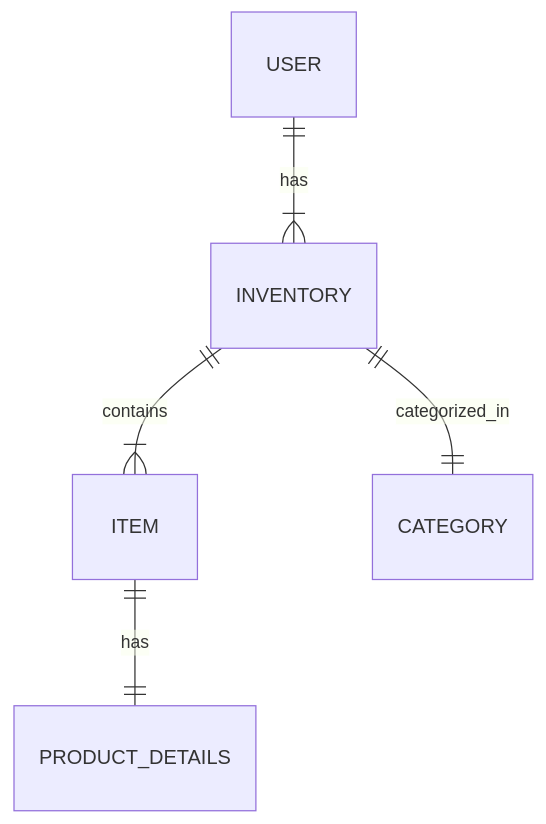
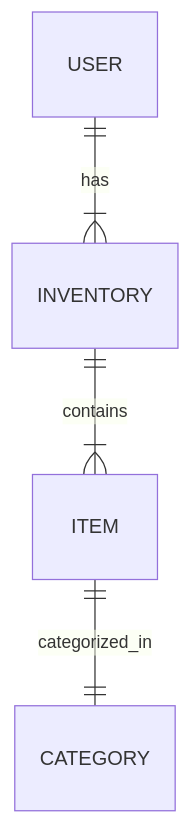
Before and after one commit to mauriciolanda4/inventory-project: the first of 2 diagrams in README.md, drawn with Mermaid. The commit also changed other lines of this file, not shown here.

````diff
--- a/README.md
+++ b/README.md
@@ -31,7 +37,6 @@
 ```mermaid
 erDiagram
   USER ||--|{ INVENTORY : has
   INVENTORY ||--|{ ITEM : contains
-  ITEM ||--|| PRODUCT_DETAILS : has
-  INVENTORY ||--|| CATEGORY : categorized_in
+  ITEM ||--|| CATEGORY : categorized_in
   ```
````
